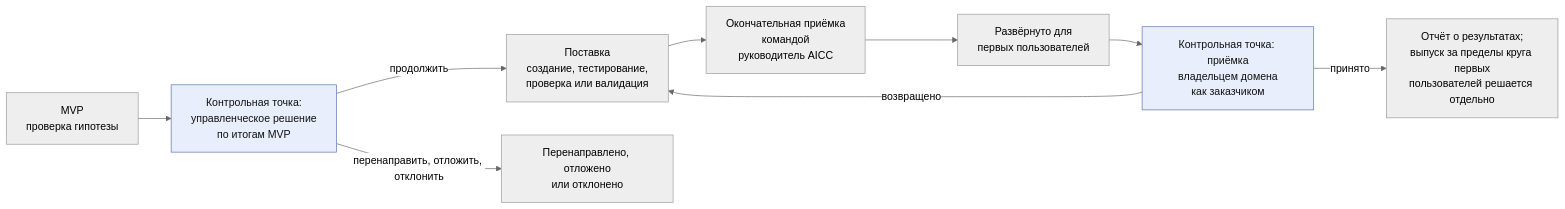
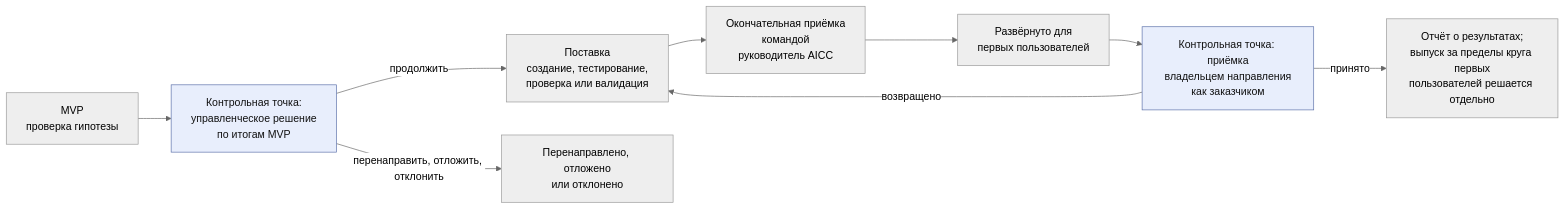
The second of 3 diagrams in charter/ru/workflows/engagement.md (devhogu/ob-aicc), drawn with Mermaid (neutral theme) before and after one commit. The commit also changed other lines of this file and 290 other files, not shown here.

````diff
--- a/charter/ru/workflows/engagement.md
+++ b/charter/ru/workflows/engagement.md
@@ -38,13 +38,13 @@
 ```mermaid
 flowchart LR
   MV["MVP<br/>проверка гипотезы"] --> DM["Контрольная точка:<br/>управленческое решение<br/>по итогам MVP"]
   DM -->|"продолжить"| DL["Поставка<br/>создание, тестирование,<br/>проверка или валидация"]
   DM -->|"перенаправить, отложить, отклонить"| DR["Перенаправлено, отложено<br/>или отклонено"]
   DL --> TF["Окончательная приёмка<br/>командой<br/>руководитель AICC"]
   TF --> FU["Развёрнуто для<br/>первых пользователей"]
-  FU --> BA["Контрольная точка: приёмка<br/>владельцем домена<br/>как заказчиком"]
+  FU --> BA["Контрольная точка: приёмка<br/>владельцем направления<br/>как заказчиком"]
   BA -->|"возвращено"| DL
   BA -->|"принято"| OR["Отчёт о результатах;<br/>выпуск за пределы круга первых<br/>пользователей решается отдельно"]
   classDef gate fill:#e8eefc,stroke:#5a6fa8,color:#111
   class DM,BA gate
 ```
````
